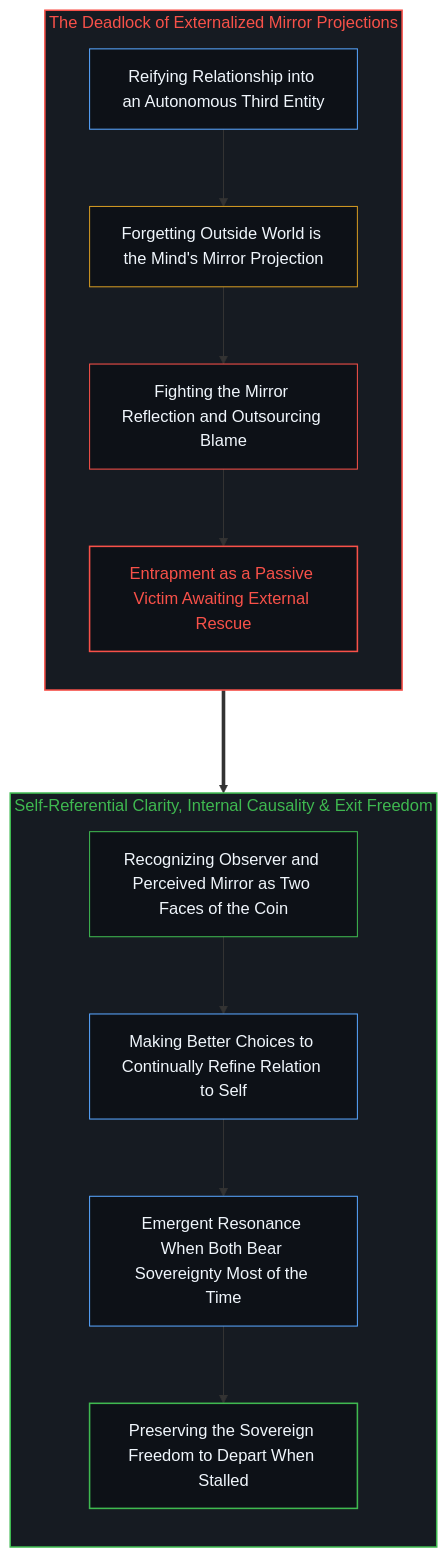
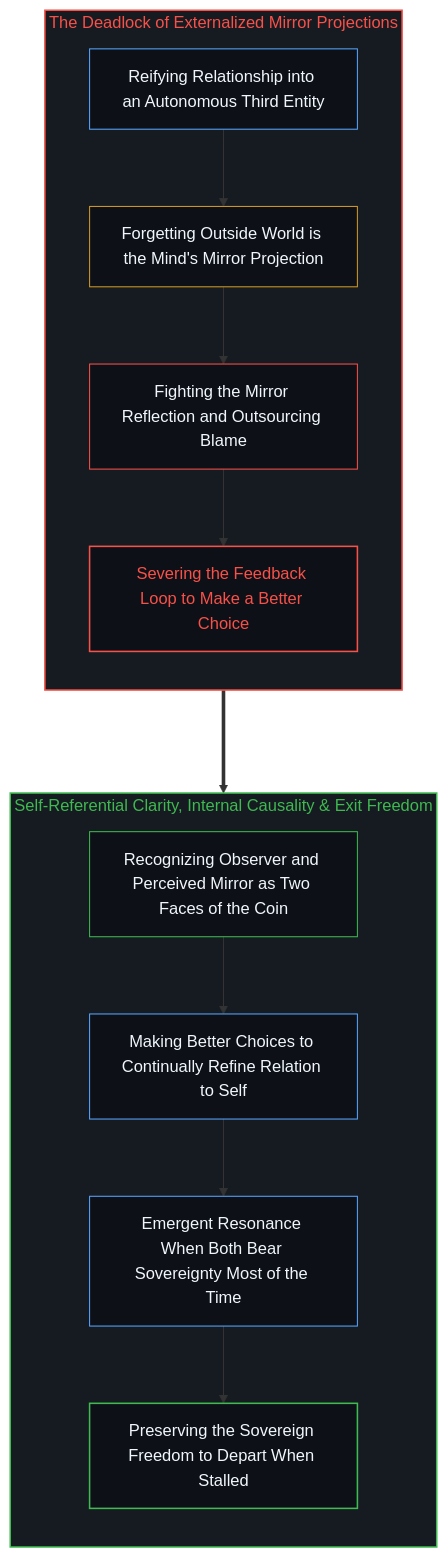
One commit to powerpig99/not-a-toe changed the tenth of 10 diagrams in content/posts/the-causal-inversion-of-partnership.md. Above: the diagram before and after it, drawn with Mermaid. The commit also changed other lines of this file and 3 other files, not shown here.

Commit message:
Deepen Post #335: Externalizing causality as the cutting of the feedback loop to make better choices

````diff
--- a/content/posts/the-causal-inversion-of-partnership.md
+++ b/content/posts/the-causal-inversion-of-partnership.md
@@ -341,29 +341,29 @@
 ```mermaid
 graph TD
     subgraph S_MirrorOutsource_EN ["The Deadlock of Externalized Mirror Projections"]
         direction TB
         OE_Reify["Reifying Relationship into an Autonomous Third Entity"] --> OE_Projection["Forgetting Outside World is the Mind's Mirror Projection"]
         OE_Projection --> OE_Blame["Fighting the Mirror Reflection and Outsourcing Blame"]
-        OE_Blame --> OE_Victim["Entrapment as a Passive Victim Awaiting External Rescue"]
+        OE_Blame --> OE_Cut["Severing the Feedback Loop to Make a Better Choice"]
     end
 
     subgraph S_SelfReferential_EN ["Self-Referential Clarity, Internal Causality & Exit Freedom"]
         direction TB
         SE_Coin["Recognizing Observer and Perceived Mirror as Two Faces of the Coin"] --> SE_Action["Making Better Choices to Continually Refine Relation to Self"]
         SE_Action --> SE_Emergence["Emergent Resonance When Both Bear Sovereignty Most of the Time"]
         SE_Emergence --> SE_Freedom["Preserving the Sovereign Freedom to Depart When Stalled"]
     end
 
-    OE_Victim ===> SE_Coin
+    OE_Cut ===> SE_Coin
 
     style S_MirrorOutsource_EN fill:#161b22,stroke:#f85149,stroke-width:1.5px,color:#f85149
     style S_SelfReferential_EN fill:#161b22,stroke:#3fb950,stroke-width:1.5px,color:#3fb950
     style OE_Reify fill:#0d1117,stroke:#58a6ff,stroke-width:1px,color:#f0f6fc
     style OE_Projection fill:#0d1117,stroke:#d29922,stroke-width:1px,color:#f0f6fc
     style OE_Blame fill:#0d1117,stroke:#f85149,stroke-width:1px,color:#f0f6fc
-    style OE_Victim fill:#0d1117,stroke:#f85149,stroke-width:1.5px,color:#f85149
+    style OE_Cut fill:#0d1117,stroke:#f85149,stroke-width:1.5px,color:#f85149
     style SE_Coin fill:#0d1117,stroke:#3fb950,stroke-width:1px,color:#f0f6fc
     style SE_Action fill:#0d1117,stroke:#58a6ff,stroke-width:1px,color:#f0f6fc
     style SE_Emergence fill:#0d1117,stroke:#58a6ff,stroke-width:1px,color:#f0f6fc
     style SE_Freedom fill:#0d1117,stroke:#3fb950,stroke-width:1.5px,color:#f0f6fc
 ```
````
